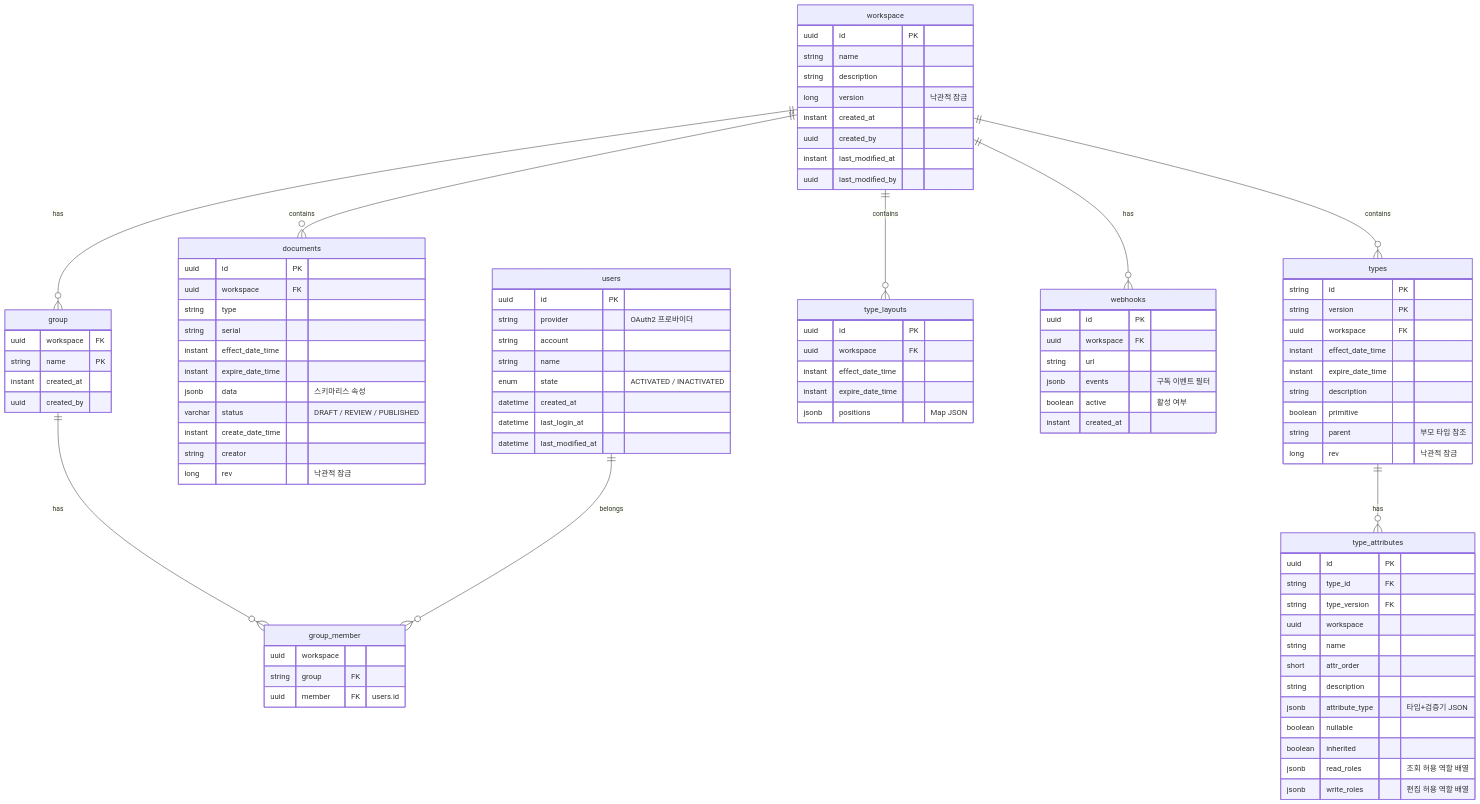
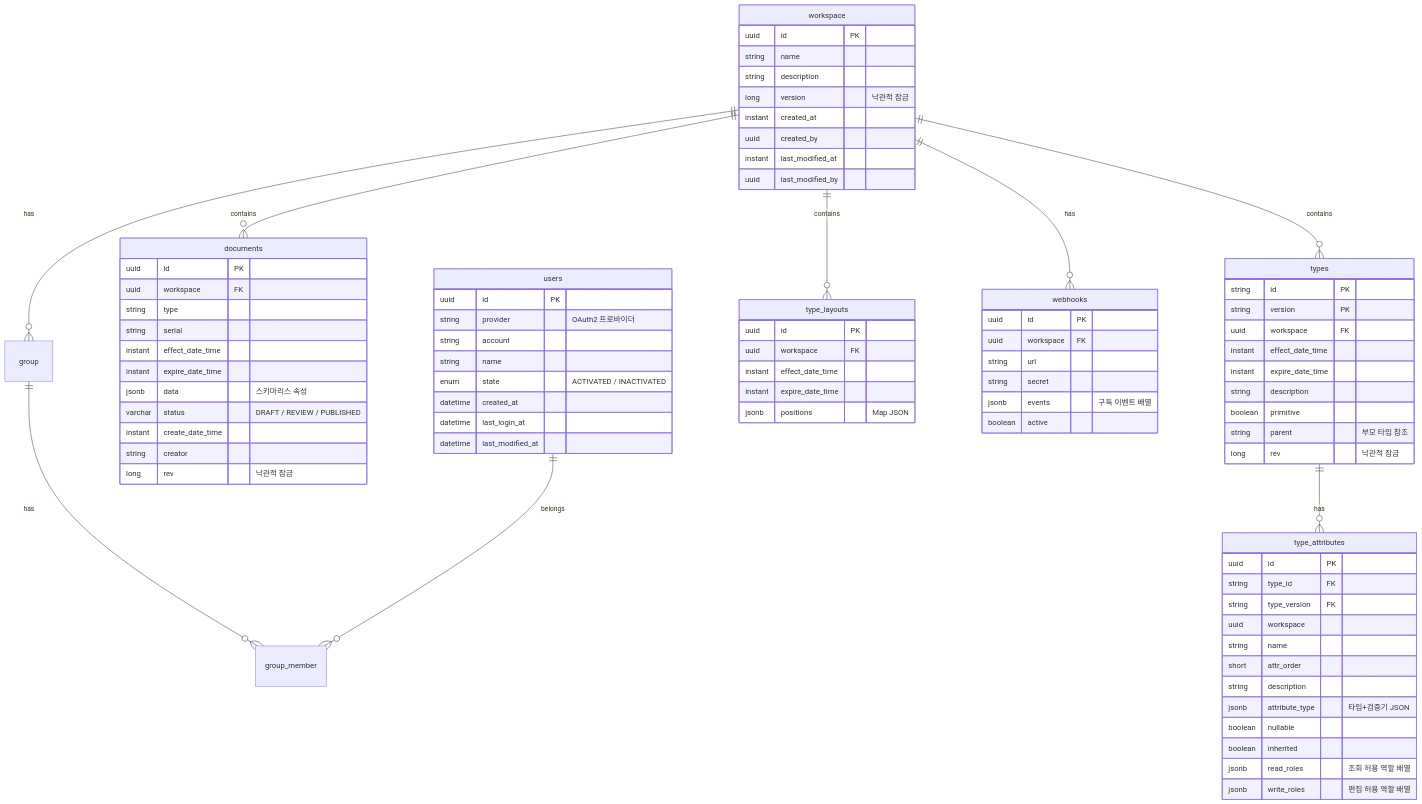
One commit to sayaya1090/handbook changed the diagram in docs/database-schema.md. Above: the diagram before and after it, drawn with Mermaid. The commit also changed other lines of this file and 10 other files, not shown here.

````diff
--- a/docs/database-schema.md
+++ b/docs/database-schema.md
@@ -86,25 +86,12 @@
         datetime last_modified_at
     }
 
-    "group" {
-        uuid workspace FK
-        string name PK
-        instant created_at
-        uuid created_by
-    }
-
-    group_member {
-        uuid workspace
-        string group FK
-        uuid member FK "users.id"
-    }
-
     webhooks {
         uuid id PK
         uuid workspace FK
         string url
-        jsonb events "구독 이벤트 필터"
-        boolean active "활성 여부"
-        instant created_at
+        string secret
+        jsonb events "구독 이벤트 배열"
+        boolean active
     }
 ```
````
